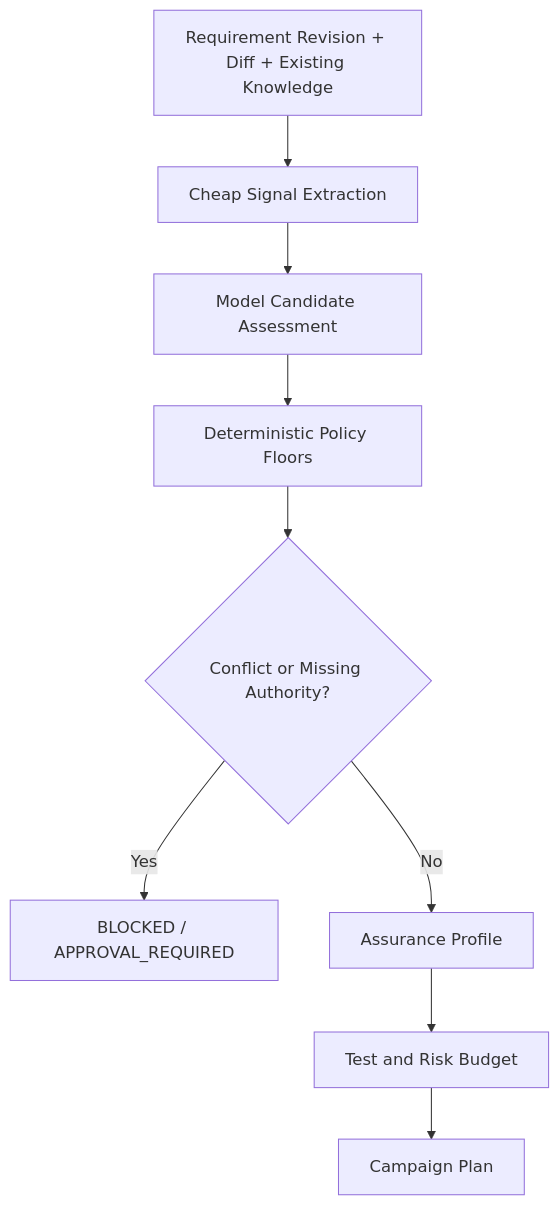
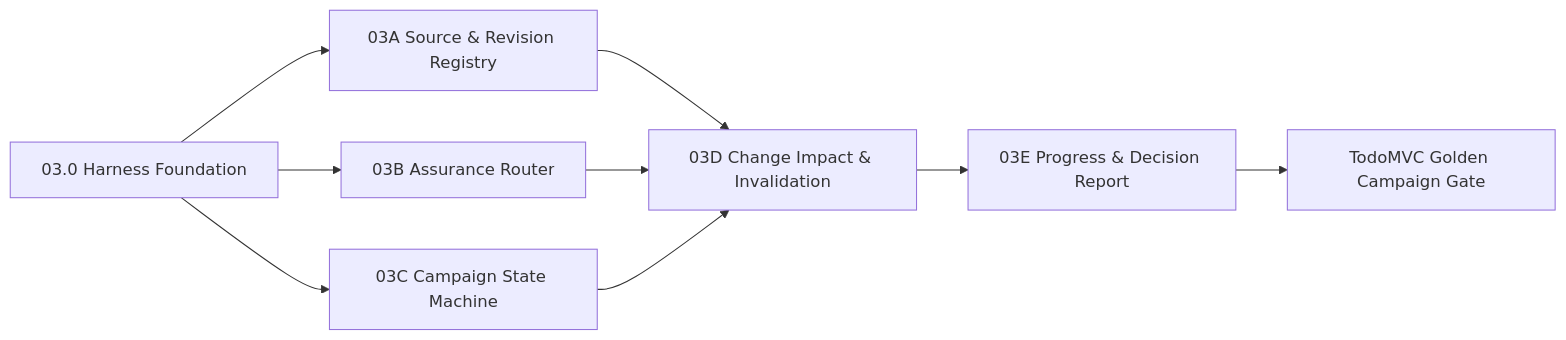
Before and after one commit to lsq1030757028/Pytest-playwright-e2e: the diagram in docs/module-03-risk-adaptive-change-aware-plan.md, drawn with Mermaid. The commit also changed other lines of this file, not shown here.

Commit message:
docs: insert harness foundation before module 03

````diff
--- a/docs/module-03-risk-adaptive-change-aware-plan.md
+++ b/docs/module-03-risk-adaptive-change-aware-plan.md
@@ -297,12 +26,14 @@
 ```mermaid
-flowchart TD
-    A[Requirement Revision + Diff + Existing Knowledge]
-    --> B[Cheap Signal Extraction]
-    --> C[Model Candidate Assessment]
-    --> D[Deterministic Policy Floors]
-    --> E{Conflict or Missing Authority?}
-    E -- Yes --> F[BLOCKED / APPROVAL_REQUIRED]
-    E -- No --> G[Assurance Profile]
-    G --> H[Test and Risk Budget]
-    H --> I[Campaign Plan]
+flowchart LR
+    H0[03.0 Harness Foundation]
+    --> A[03A Source & Revision Registry]
+    H0 --> B[03B Assurance Router]
+    H0 --> C[03C Campaign State Machine]
+
+    A --> D[03D Change Impact & Invalidation]
+    B --> D
+    C --> D
+
+    D --> E[03E Progress & Decision Report]
+    E --> G[TodoMVC Golden Campaign Gate]
 ```
````
